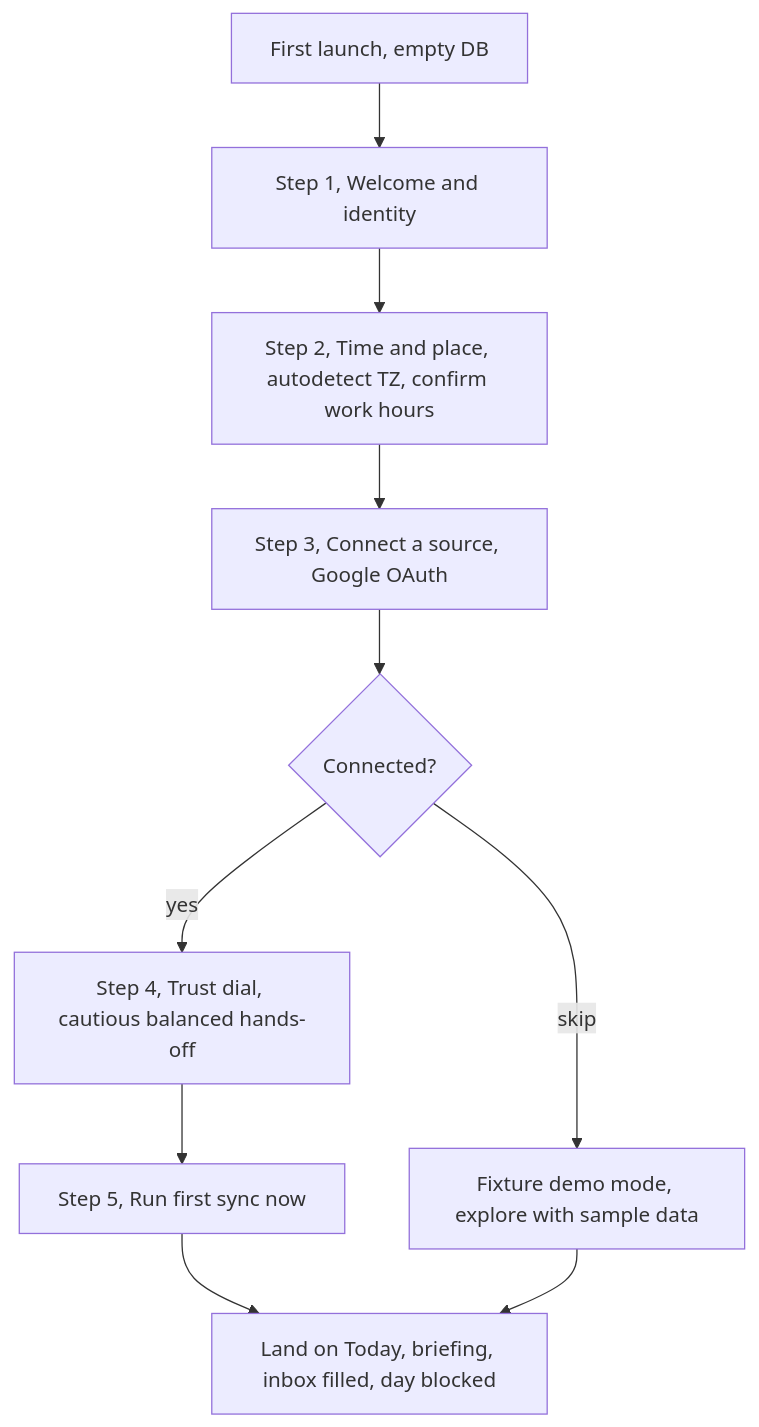
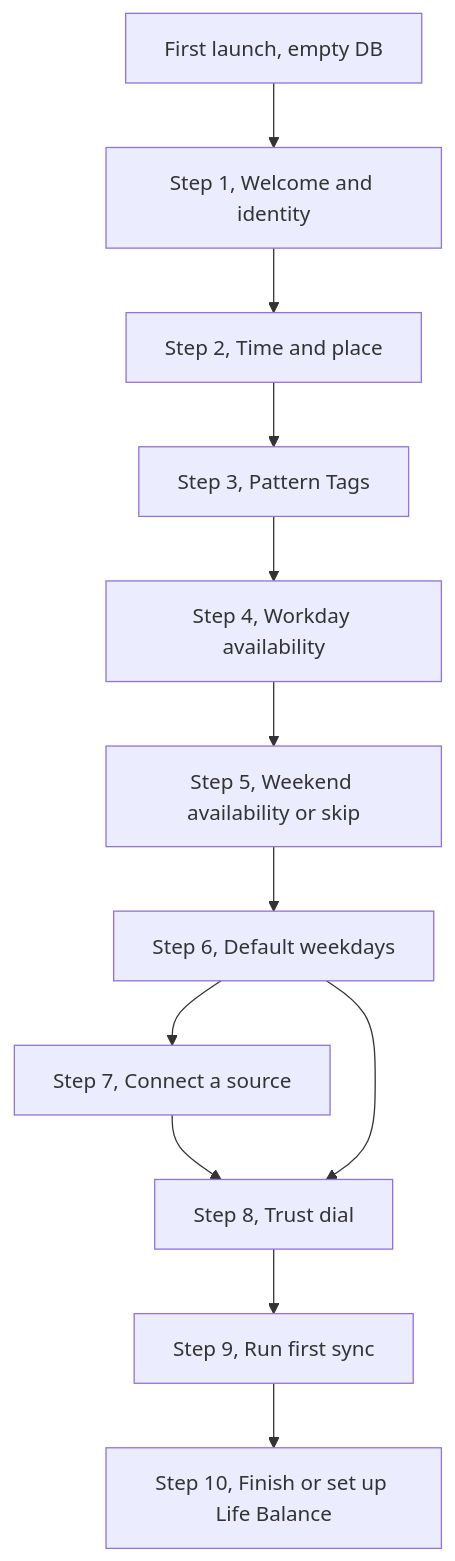
Before and after one commit to companionintelligence/CI-Planning: the diagram in docs/ftue-plan.md, drawn with Mermaid. The commit also changed other lines of this file and 6 other files, not shown here.

First line of the commit message:
Expand persistent first-time setup (#675)

````diff
--- a/docs/ftue-plan.md
+++ b/docs/ftue-plan.md
@@ -152,12 +151,14 @@
 ```mermaid
 flowchart TD
     A[First launch, empty DB] --> B[Step 1, Welcome and identity]
-    B --> C[Step 2, Time and place, autodetect TZ, confirm work hours]
-    C --> D[Step 3, Connect a source, Google OAuth]
-    D --> E{Connected?}
-    E -- yes --> F[Step 4, Trust dial, cautious balanced hands-off]
-    E -- skip --> G[Fixture demo mode, explore with sample data]
-    F --> H[Step 5, Run first sync now]
-    H --> I[Land on Today, briefing, inbox filled, day blocked]
+    B --> C[Step 2, Time and place]
+    C --> D[Step 3, Pattern Tags]
+    D --> E[Step 4, Workday availability]
+    E --> F[Step 5, Weekend availability or skip]
+    F --> G[Step 6, Default weekdays]
+    G --> H[Step 7, Connect a source]
+    H --> I[Step 8, Trust dial]
+    I --> J[Step 9, Run first sync]
+    J --> K[Step 10, Finish or set up Life Balance]
     G --> I
 ```
````
